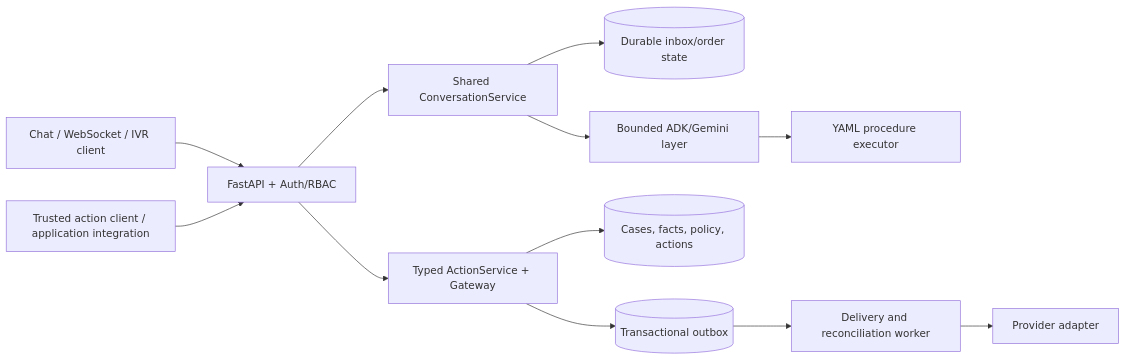
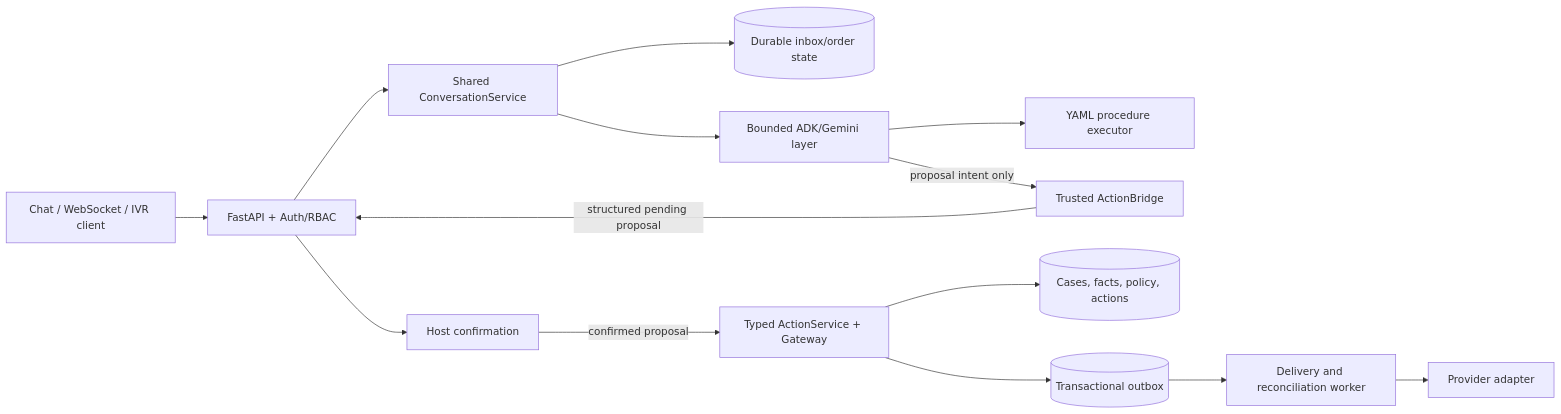
One commit to spkc83/llm-powered-workflow-engine changed the diagram in README.md. Above: the diagram before and after it, drawn with Mermaid. The commit also changed other lines of this file and 64 other files, not shown here.

Commit message:
Release v3.2 conversational action bridge

````diff
--- a/README.md
+++ b/README.md
@@ -32,27 +32,30 @@
 ```mermaid
 flowchart LR
     Client[Chat / WebSocket / IVR client]
-    Trusted[Trusted action client / application integration]
     API[FastAPI + Auth/RBAC]
     Conversation[Shared ConversationService]
     Inbox[(Durable inbox/order state)]
     ADK[Bounded ADK/Gemini layer]
     Procedure[YAML procedure executor]
+    Proposal[Trusted ActionBridge]
+    Confirm[Host confirmation]
     Action[Typed ActionService + Gateway]
     Core[(Cases, facts, policy, actions)]
     Outbox[(Transactional outbox)]
     Worker[Delivery and reconciliation worker]
     Provider[Provider adapter]
 
     Client --> API
     API --> Conversation
     Conversation --> Inbox
     Conversation --> ADK
     ADK --> Procedure
-    Trusted --> API
-    API --> Action
+    ADK -->|proposal intent only| Proposal
+    Proposal -->|structured pending proposal| API
+    API --> Confirm
+    Confirm -->|confirmed proposal| Action
     Action --> Core
     Action --> Outbox
     Outbox --> Worker
     Worker --> Provider
 ```
````
